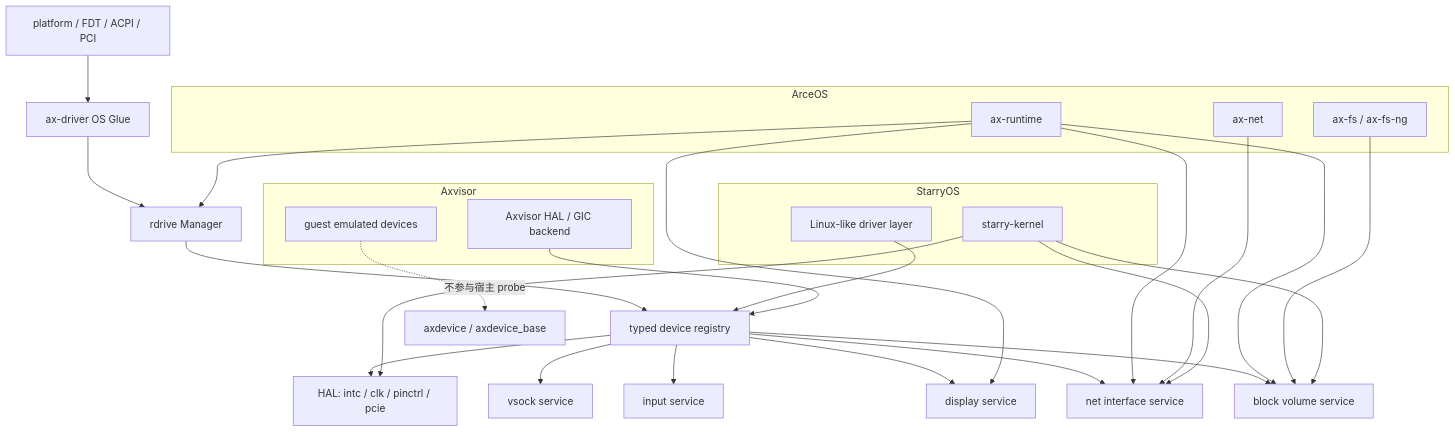
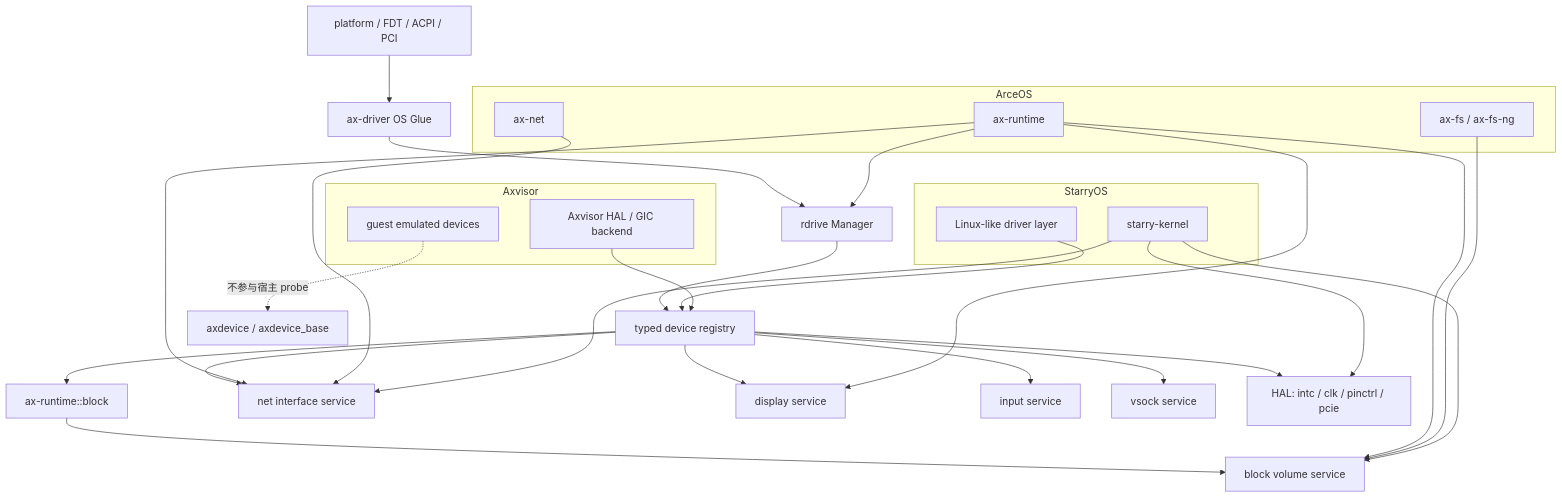
The diagram in docs/docs/architecture/driver/integration.md (rcore-os/tgoskits), drawn with Mermaid before and after one commit. The commit also changed other lines of this file and 640 other files, not shown here.

````diff
--- a/docs/docs/architecture/driver/integration.md
+++ b/docs/docs/architecture/driver/integration.md
@@ -12,44 +12,45 @@
 ```mermaid
 flowchart TB
     Platform["platform / FDT / ACPI / PCI"] --> AxDriver["ax-driver OS Glue"]
     AxDriver --> Rdrive["rdrive Manager"]
     Rdrive --> Registry["typed device registry"]
 
-    Registry --> BlockSvc["block volume service"]
+    Registry --> BlockRuntime["ax-runtime::block"]
+    BlockRuntime --> BlockSvc["block volume service"]
     Registry --> NetSvc["net interface service"]
     Registry --> DispSvc["display service"]
     Registry --> InSvc["input service"]
     Registry --> VsSvc["vsock service"]
     Registry --> HalSvc["HAL: intc / clk / pinctrl / pcie"]
 
     subgraph ArceOS["ArceOS"]
         AxRuntime["ax-runtime"]
         AxFs["ax-fs / ax-fs-ng"]
         AxNet["ax-net"]
     end
 
     subgraph StarryOS["StarryOS"]
         StarryKernel["starry-kernel"]
         StarryDrv["Linux-like driver layer"]
     end
 
     subgraph Axvisor["Axvisor"]
         AvHal["Axvisor HAL / GIC backend"]
         AvGuest["guest emulated devices"]
     end
 
     AxRuntime --> Rdrive
     AxRuntime --> BlockSvc
     AxRuntime --> NetSvc
     AxRuntime --> DispSvc
     AxFs --> BlockSvc
     AxNet --> NetSvc
 
     StarryKernel --> HalSvc
     StarryKernel --> BlockSvc
     StarryKernel --> NetSvc
     StarryDrv --> Registry
 
     AvHal --> Registry
     AvGuest -.->|"不参与宿主 probe"| AxDevice["axdevice / axdevice_base"]
 ```
````
